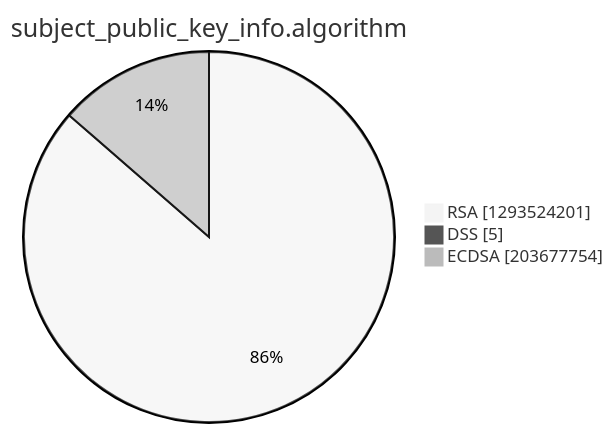
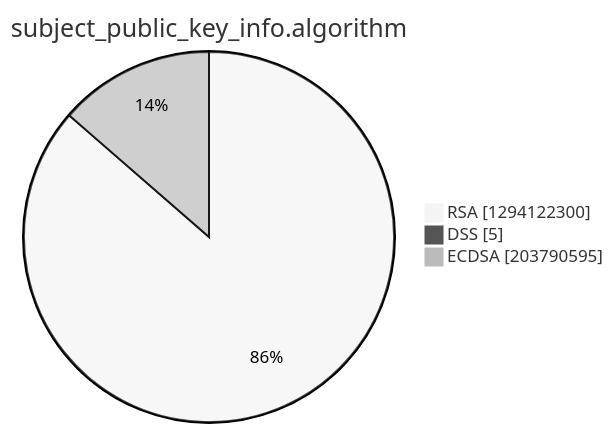
One commit to christiankrug/ctmonitor_visualization changed the third of 15 diagrams in argon2022/README.md. Above: the diagram before and after it, drawn with Mermaid (neutral theme). The commit also changed other lines of this file, not shown here.

````diff
--- a/argon2022/README.md
+++ b/argon2022/README.md
@@ -14,7 +14,7 @@
 ```mermaid
 pie showData
 title subject_public_key_info.algorithm
-"RSA" :1293524201
+"RSA" :1294122300
 "DSS" :5
-"ECDSA" :203677754
+"ECDSA" :203790595
 ```
````
